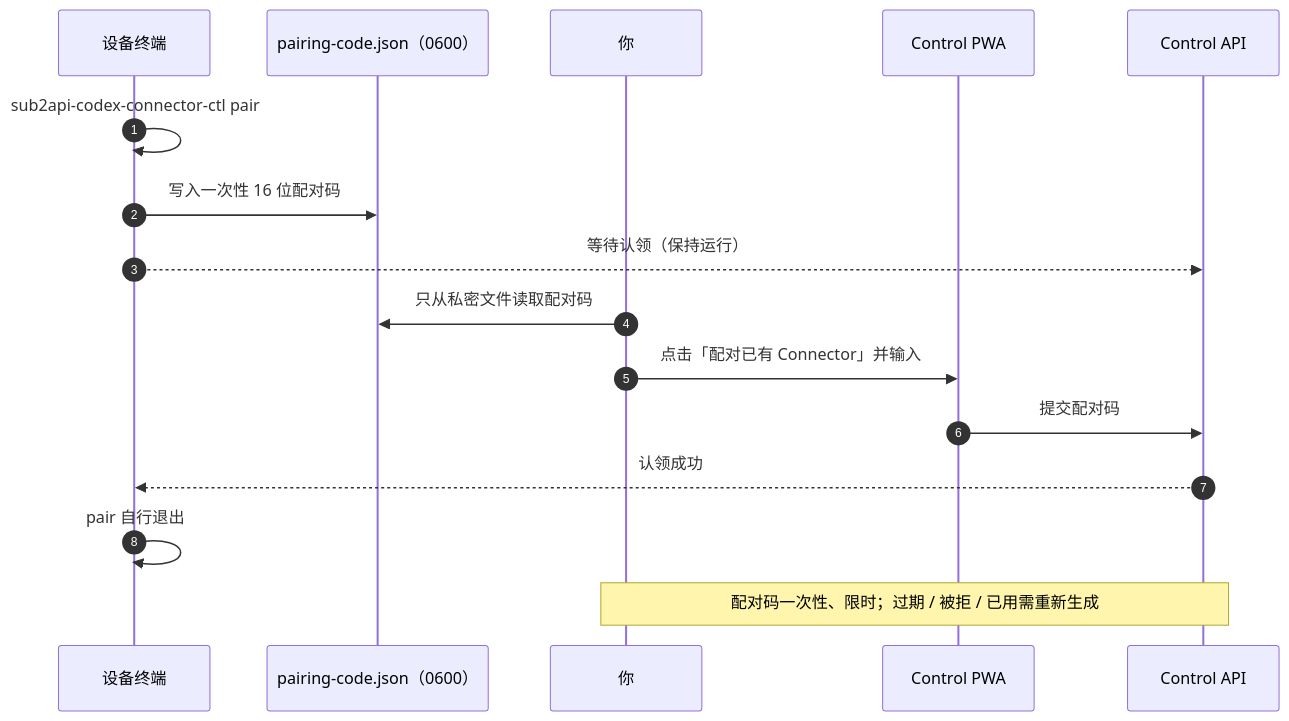
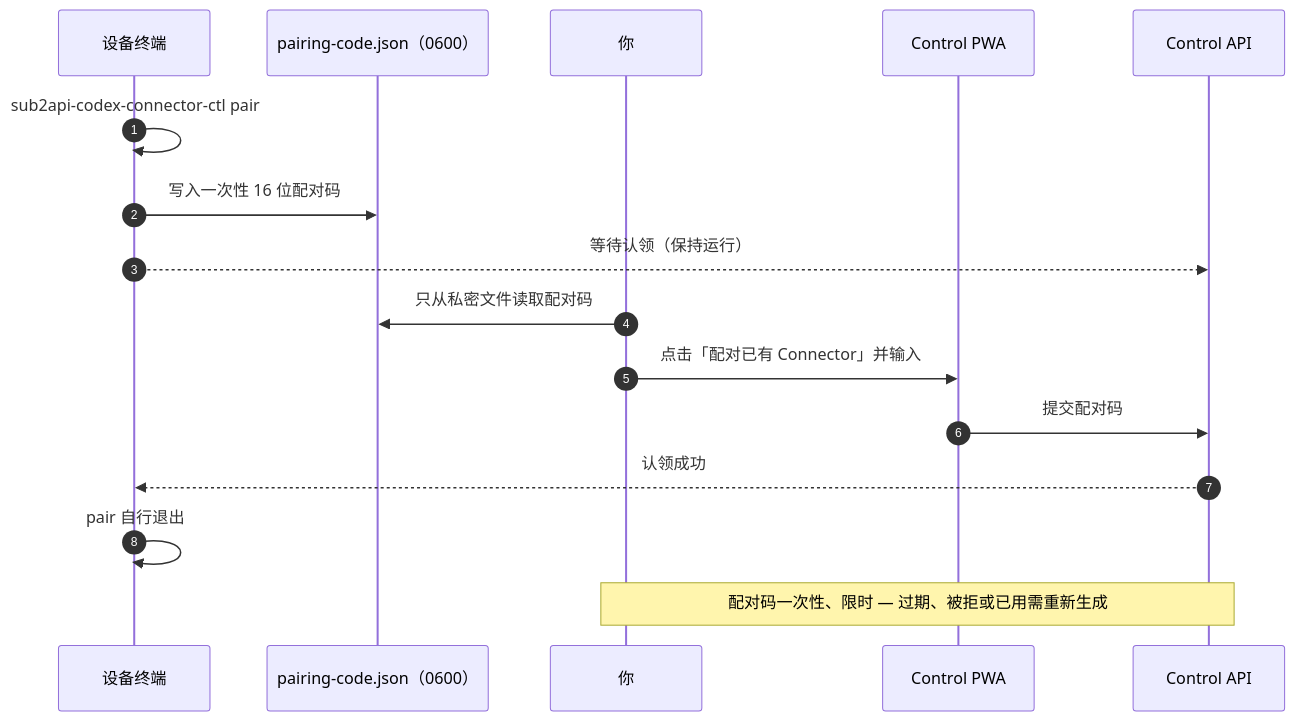
One commit to peter2317238492/sub2api-codex-control changed the third of 7 diagrams in docs/visual-guide.zh-CN.md. Above: the diagram before and after it, drawn with Mermaid. The commit also changed 1 other file, not shown here.

Commit message:
Remove statement-splitting semicolons from the visual guide diagrams
GitHub's mermaid treats an ASCII semicolon inside message text as a
statement separator, so the pairing sequence note split mid-sentence and
the whole diagram failed to render. Em dashes replace every semicolon
inside mermaid blocks in both language versions.

````diff
--- a/docs/visual-guide.zh-CN.md
+++ b/docs/visual-guide.zh-CN.md
@@ -72,18 +72,18 @@
 ```mermaid
 sequenceDiagram
     autonumber
     participant T as 设备终端
     participant F as pairing-code.json（0600）
     participant U as 你
     participant P as Control PWA
     participant A as Control API
     T->>T: sub2api-codex-connector-ctl pair
     T->>F: 写入一次性 16 位配对码
     T-->>A: 等待认领（保持运行）
     U->>F: 只从私密文件读取配对码
     U->>P: 点击「配对已有 Connector」并输入
     P->>A: 提交配对码
     A-->>T: 认领成功
     T->>T: pair 自行退出
-    Note over U,A: 配对码一次性、限时；过期 / 被拒 / 已用需重新生成
+    Note over U,A: 配对码一次性、限时 — 过期、被拒或已用需重新生成
 ```
````
